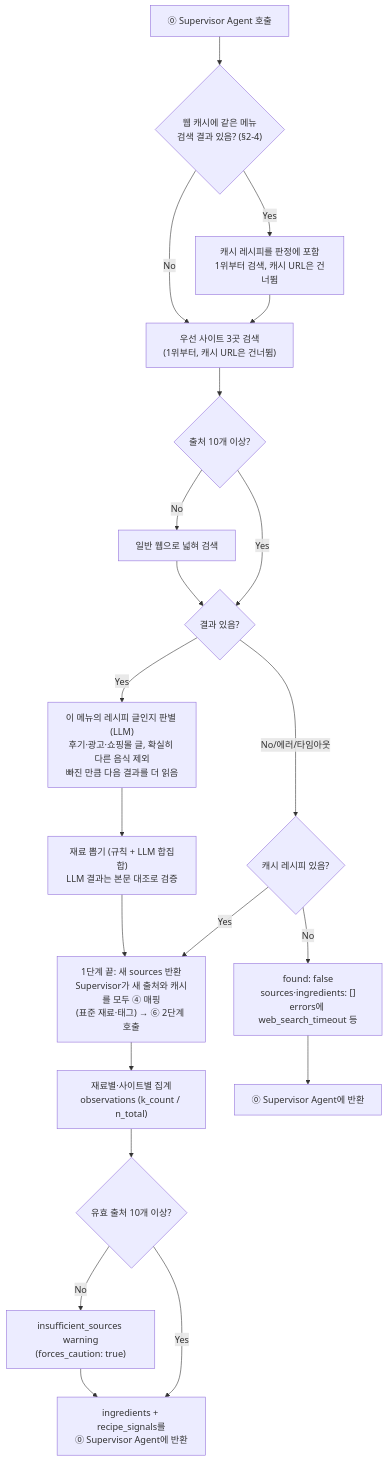
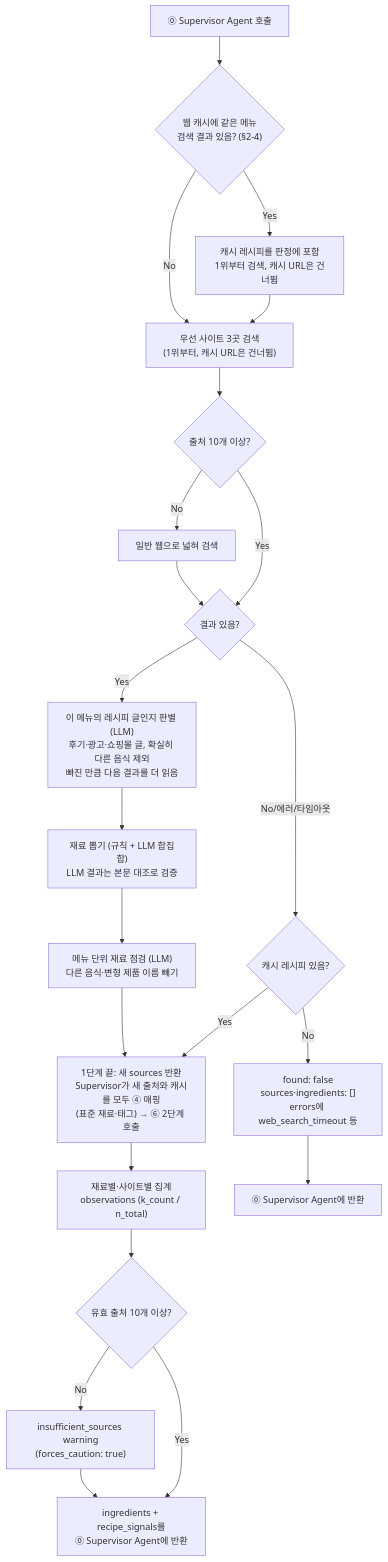
One commit to Han-Spoon/ai changed the second of 2 diagrams in docs/6-agent-websearch.md. Above: the diagram before and after it, drawn with Mermaid. The commit also changed other lines of this file and 5 other files, not shown here.

````diff
--- a/docs/6-agent-websearch.md
+++ b/docs/6-agent-websearch.md
@@ -331,23 +332,24 @@
 ```mermaid
 flowchart TD
     S[⓪ Supervisor Agent 호출] --> CA{"웹 캐시에 같은 메뉴<br/>검색 결과 있음? (§2-4)"}
     CA -->|Yes| CR["캐시 레시피를 판정에 포함<br/>1위부터 검색, 캐시 URL은 건너뜀"]
     CR --> Q
     CA -->|No| Q["우선 사이트 3곳 검색<br/>(1위부터, 캐시 URL은 건너뜀)"]
     Q --> QE{"출처 10개 이상?"}
     QE -->|No| QG["일반 웹으로 넓혀 검색"]
     QE -->|Yes| R{결과 있음?}
     QG --> R
     R -->|No/에러/타임아웃| FC{"캐시 레시피 있음?"}
     FC -->|Yes| MAP
     FC -->|No| F["found: false<br/>sources·ingredients: []<br/>errors에 web_search_timeout 등"]
     R -->|Yes| RJ["이 메뉴의 레시피 글인지 판별 (LLM)<br/>후기·광고·쇼핑몰 글, 확실히 다른 음식 제외<br/>빠진 만큼 다음 결과를 더 읽음"]
     RJ --> C["재료 뽑기 (규칙 + LLM 합집합)<br/>LLM 결과는 본문 대조로 검증"]
-    C --> MAP["1단계 끝: 새 sources 반환<br/>Supervisor가 새 출처와 캐시를 모두 ④ 매핑<br/>(표준 재료·태그) → ⑥ 2단계 호출"]
+    C --> CK["메뉴 단위 재료 점검 (LLM)<br/>다른 음식·변형 제품 이름 빼기"]
+    CK --> MAP["1단계 끝: 새 sources 반환<br/>Supervisor가 새 출처와 캐시를 모두 ④ 매핑<br/>(표준 재료·태그) → ⑥ 2단계 호출"]
     MAP --> AGG["재료별·사이트별 집계<br/>observations (k_count / n_total)"]
     AGG --> MIN{"유효 출처 10개 이상?"}
     MIN -->|No| W["insufficient_sources warning<br/>(forces_caution: true)"]
     MIN -->|Yes| OUT
     W --> OUT["ingredients + recipe_signals를<br/>⓪ Supervisor Agent에 반환"]
     F --> OUT2[⓪ Supervisor Agent에 반환]
 ```
````
